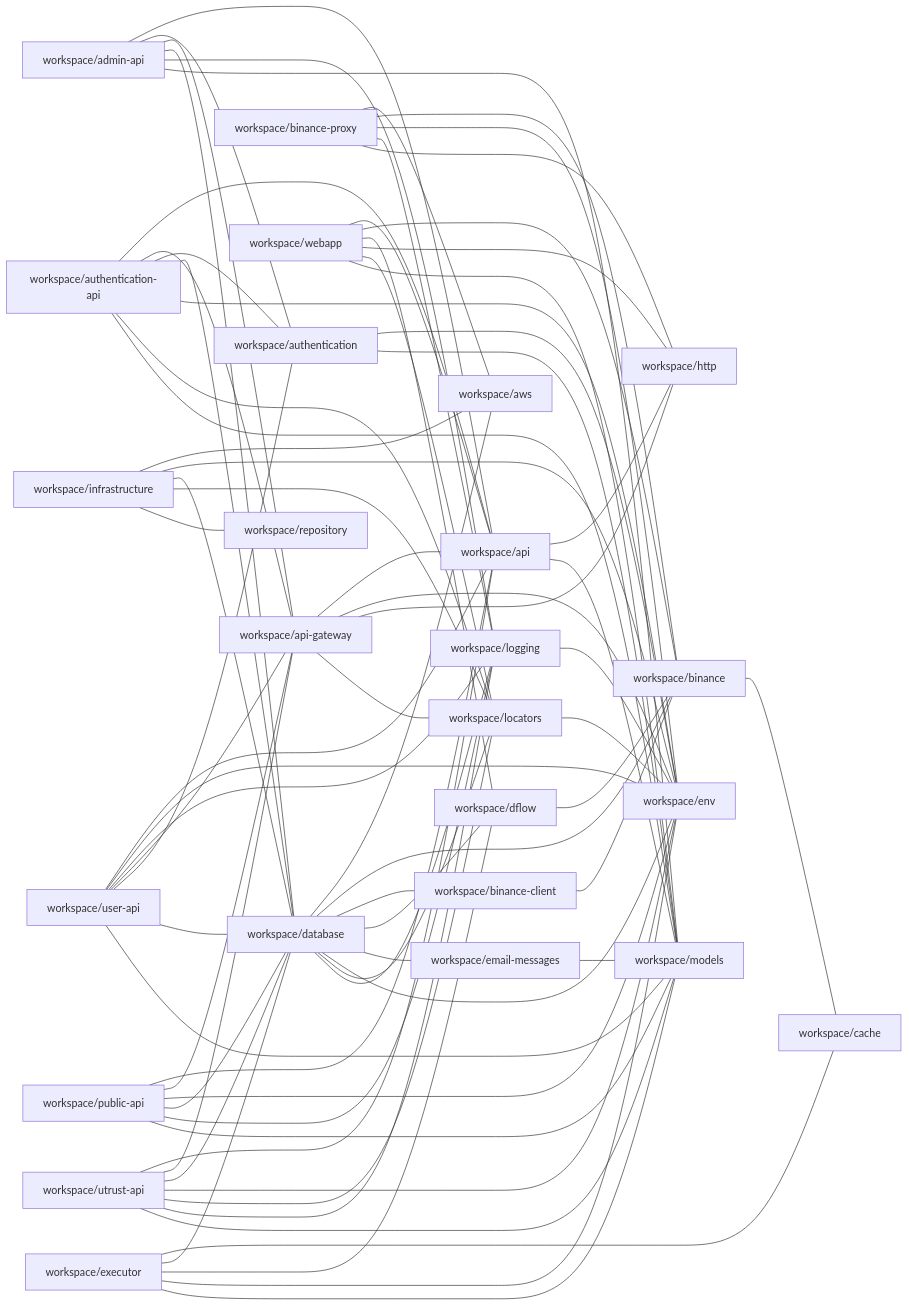
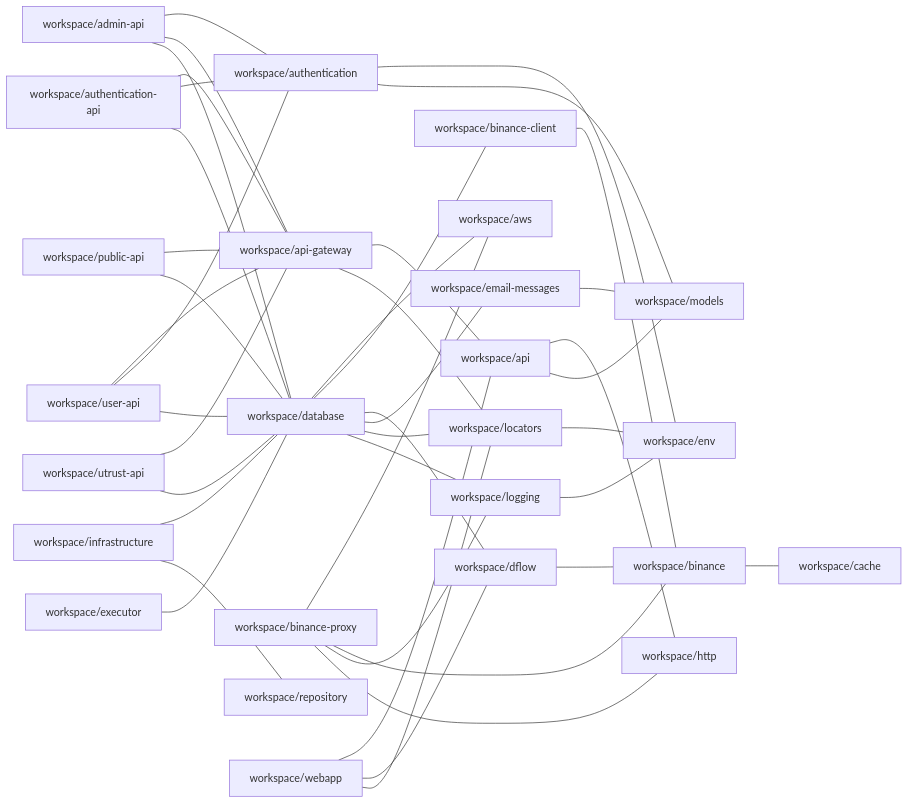
Before and after one commit to ggbot-org/ggbot: the diagram in docs/npm-dependencies.md, drawn with Mermaid. The commit also changed 1 other file, not shown here.

Commit message:
hide recursive dependencies

````diff
--- a/docs/npm-dependencies.md
+++ b/docs/npm-dependencies.md
@@ -5,79 +5,44 @@
 ```mermaid
 graph LR
-    workspace/admin-api --- workspace/api
     workspace/admin-api --- workspace/authentication
     workspace/admin-api --- workspace/api-gateway
     workspace/admin-api --- workspace/database
-    workspace/admin-api --- workspace/logging
-    workspace/admin-api --- workspace/models
     workspace/api --- workspace/http
     workspace/api --- workspace/models
     workspace/api-gateway --- workspace/api
-    workspace/api-gateway --- workspace/env
-    workspace/api-gateway --- workspace/http
     workspace/api-gateway --- workspace/locators
     workspace/authentication --- workspace/env
     workspace/authentication --- workspace/models
-    workspace/authentication-api --- workspace/api
     workspace/authentication-api --- workspace/api-gateway
     workspace/authentication-api --- workspace/authentication
     workspace/authentication-api --- workspace/database
-    workspace/authentication-api --- workspace/env
-    workspace/authentication-api --- workspace/locators
-    workspace/authentication-api --- workspace/models
     workspace/binance --- workspace/cache
     workspace/binance-client --- workspace/binance
     workspace/binance-proxy --- workspace/aws
     workspace/binance-proxy --- workspace/binance
-    workspace/binance-proxy --- workspace/env
     workspace/binance-proxy --- workspace/logging
     workspace/binance-proxy --- workspace/http
     workspace/database --- workspace/aws
-    workspace/database --- workspace/binance
     workspace/database --- workspace/binance-client
     workspace/database --- workspace/dflow
     workspace/database --- workspace/email-messages
-    workspace/database --- workspace/env
     workspace/database --- workspace/locators
     workspace/database --- workspace/logging
     workspace/dflow --- workspace/binance
     workspace/email-messages --- workspace/models
-    workspace/executor --- workspace/cache
     workspace/executor --- workspace/database
-    workspace/executor --- workspace/dflow
-    workspace/executor --- workspace/env
-    workspace/executor --- workspace/models
-    workspace/infrastructure --- workspace/aws
-    workspace/infrastructure --- workspace/env
     workspace/infrastructure --- workspace/database
-    workspace/infrastructure --- workspace/locators
     workspace/infrastructure --- workspace/repository
     workspace/locators --- workspace/env
     workspace/logging --- workspace/env
-    workspace/public-api --- workspace/api
     workspace/public-api --- workspace/api-gateway
-    workspace/public-api --- workspace/env
     workspace/public-api --- workspace/database
-    workspace/public-api --- workspace/logging
-    workspace/public-api --- workspace/models
-    workspace/user-api --- workspace/api
-    workspace/user-api --- workspace/env
-    workspace/user-api --- workspace/logging
     workspace/user-api --- workspace/api-gateway
     workspace/user-api --- workspace/authentication
     workspace/user-api --- workspace/database
-    workspace/user-api --- workspace/models
-    workspace/utrust-api --- workspace/api
     workspace/utrust-api --- workspace/api-gateway
     workspace/utrust-api --- workspace/database
-    workspace/utrust-api --- workspace/env
-    workspace/utrust-api --- workspace/locators
-    workspace/utrust-api --- workspace/logging
-    workspace/utrust-api --- workspace/models
     workspace/webapp --- workspace/api
-    workspace/webapp --- workspace/binance
     workspace/webapp --- workspace/dflow
-    workspace/webapp --- workspace/http
     workspace/webapp --- workspace/locators
-    workspace/webapp --- workspace/models
 ```
````
